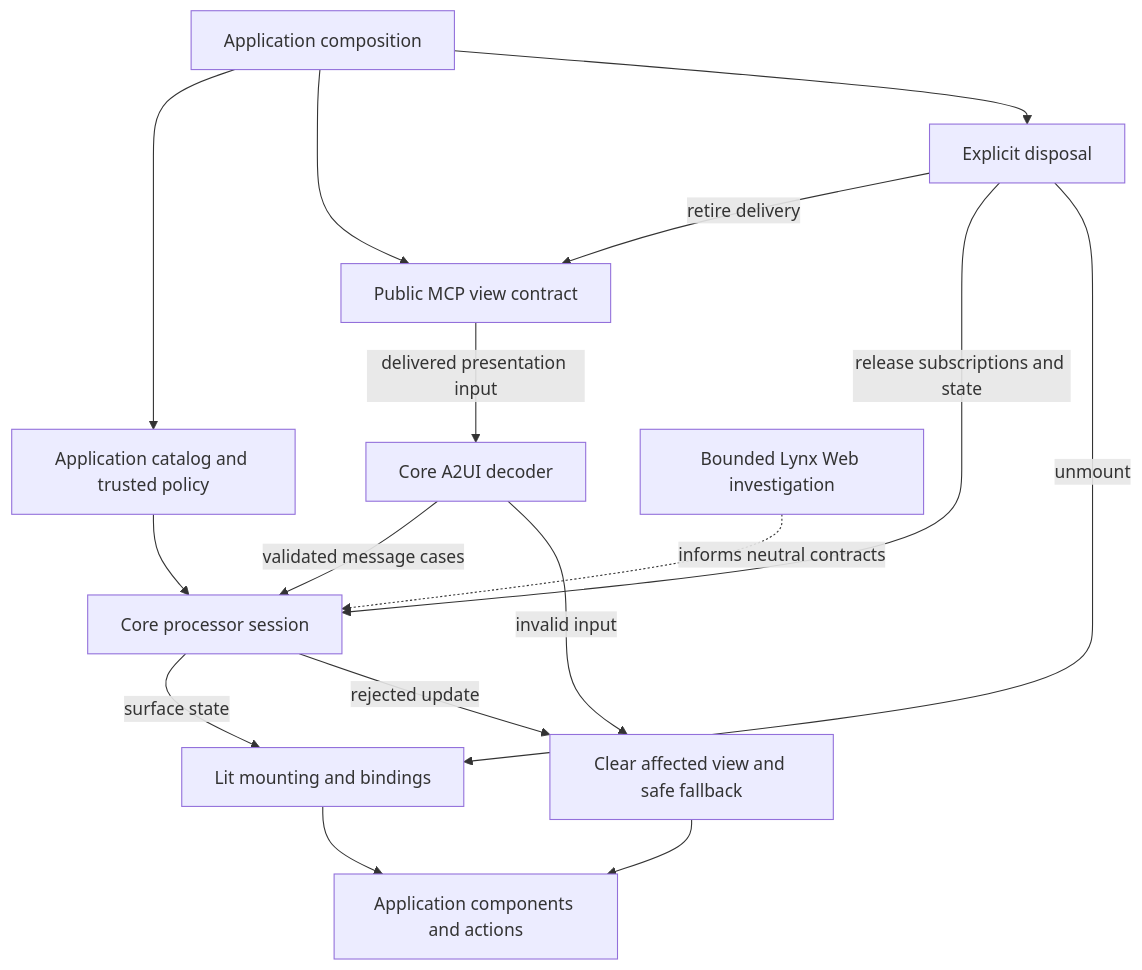
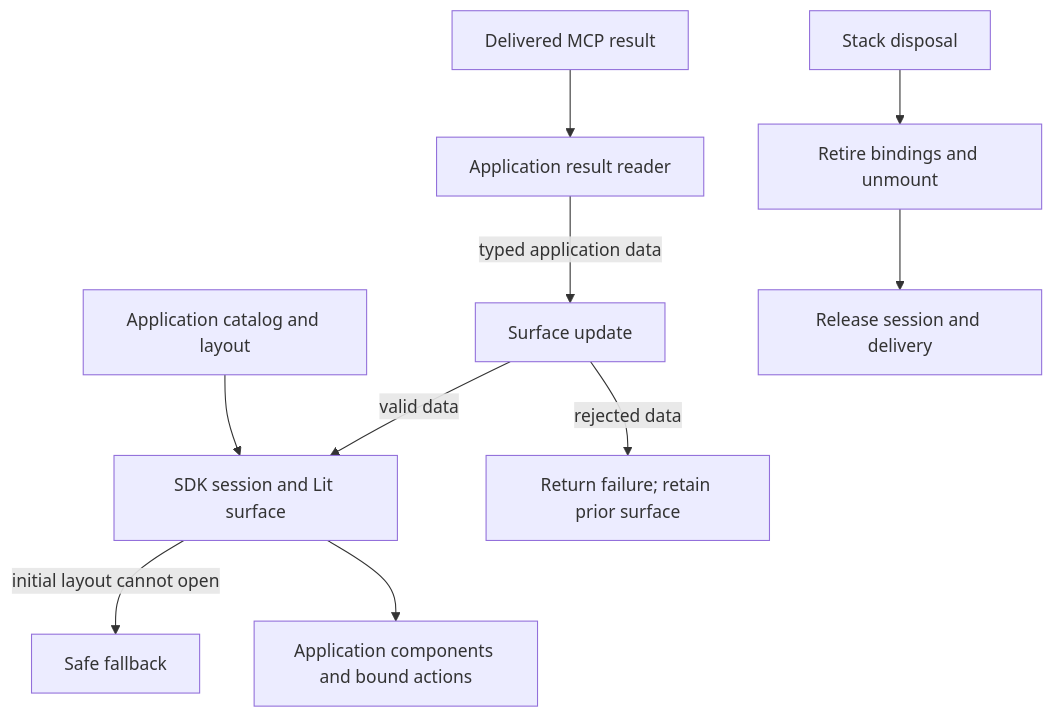
One commit to MachineWisdomAI/saga-a2ui changed the diagram in diagrams/reusable-lit-adapter.mmd. Above: the diagram before and after it, drawn with Mermaid. The commit also changed 13 other files, not shown here.

Commit message:
docs: refresh composition presentation and adoption blueprints

```diff
--- a/diagrams/reusable-lit-adapter.mmd
+++ b/diagrams/reusable-lit-adapter.mmd
@@ -1,16 +1,10 @@
 flowchart TD
-  app[Application composition] --> catalog[Application catalog and trusted policy]
-  app --> bridge[Public MCP view contract]
-  bridge -->|delivered presentation input| decoder[Core A2UI decoder]
-  decoder -->|validated message cases| session[Core processor session]
-  catalog --> session
-  session -->|surface state| lit[Lit mounting and bindings]
-  lit --> view[Application components and actions]
-  decoder -->|invalid input| fallback[Clear affected view and safe fallback]
-  session -->|rejected update| fallback
-  fallback --> view
-  app --> dispose[Explicit disposal]
-  dispose -->|retire delivery| bridge
-  dispose -->|release subscriptions and state| session
-  dispose -->|unmount| lit
-  lynx[Bounded Lynx Web investigation] -.->|informs neutral contracts| session
+  result[Delivered MCP result] --> reader[Application result reader]
+  reader -->|typed application data| update[Surface update]
+  layout[Application catalog and layout] --> session[SDK session and Lit surface]
+  update -->|valid data| session
+  update -->|rejected data| unchanged[Return failure; retain prior surface]
+  session -->|initial layout cannot open| fallback[Safe fallback]
+  session --> view[Application components and bound actions]
+  dispose[Stack disposal] --> retire[Retire bindings and unmount]
+  retire --> cleanup[Release session and delivery]
```
